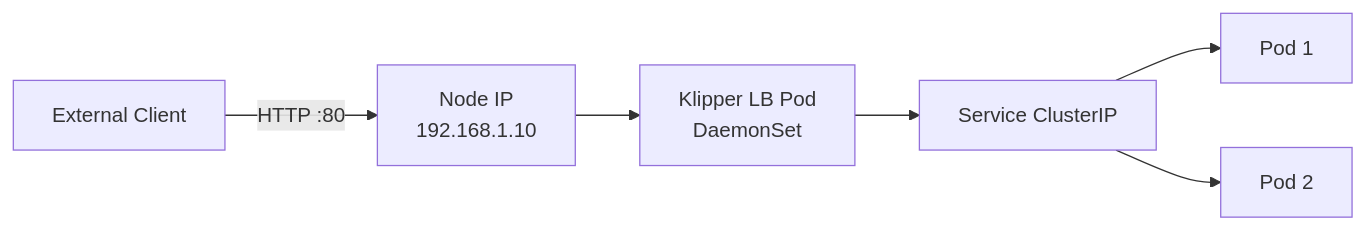
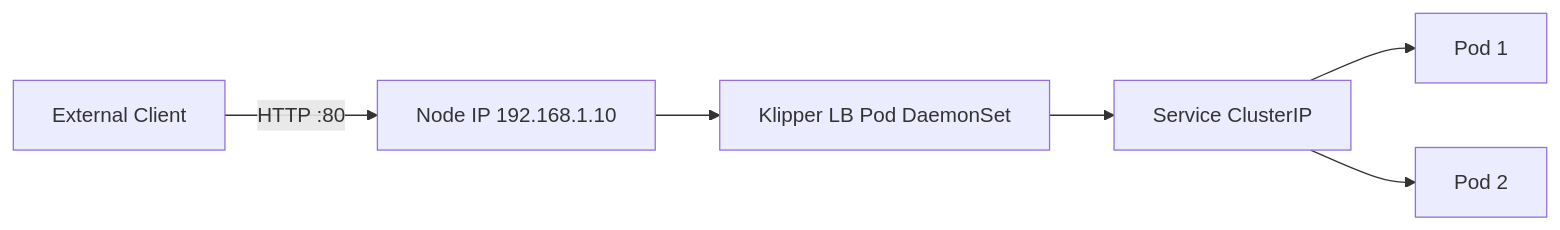
Before and after one commit to UncleJS/course_k3s: the second of 3 diagrams in 04_networking/02_service_types.md, drawn with Mermaid. The commit also changed other lines of this file and 57 other files, not shown here.

````diff
--- a/04_networking/02_service_types.md
+++ b/04_networking/02_service_types.md
@@ -124,8 +124,8 @@
 ```mermaid
 flowchart LR
-    EXT[External Client] -->|"HTTP :80"| NODE["Node IP\n192.168.1.10"]
-    NODE --> KLIPPER[Klipper LB Pod\nDaemonSet]
+    EXT[External Client] -->|"HTTP :80"| NODE["Node IP 192.168.1.10"]
+    NODE --> KLIPPER[Klipper LB Pod DaemonSet]
     KLIPPER --> SVC[Service ClusterIP]
     SVC --> P1[Pod 1]
     SVC --> P2[Pod 2]
 ```
````
